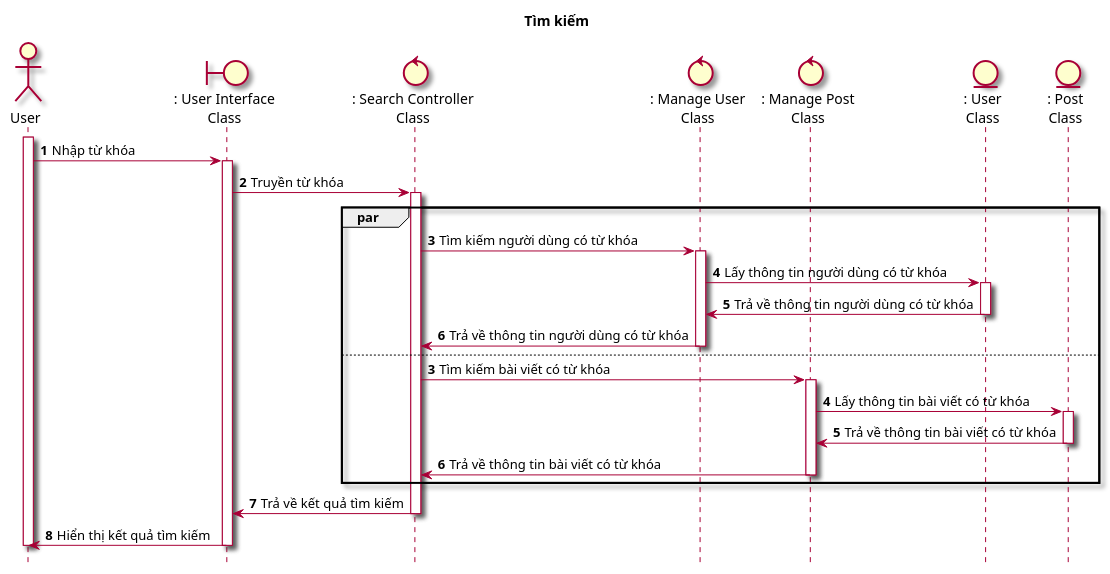
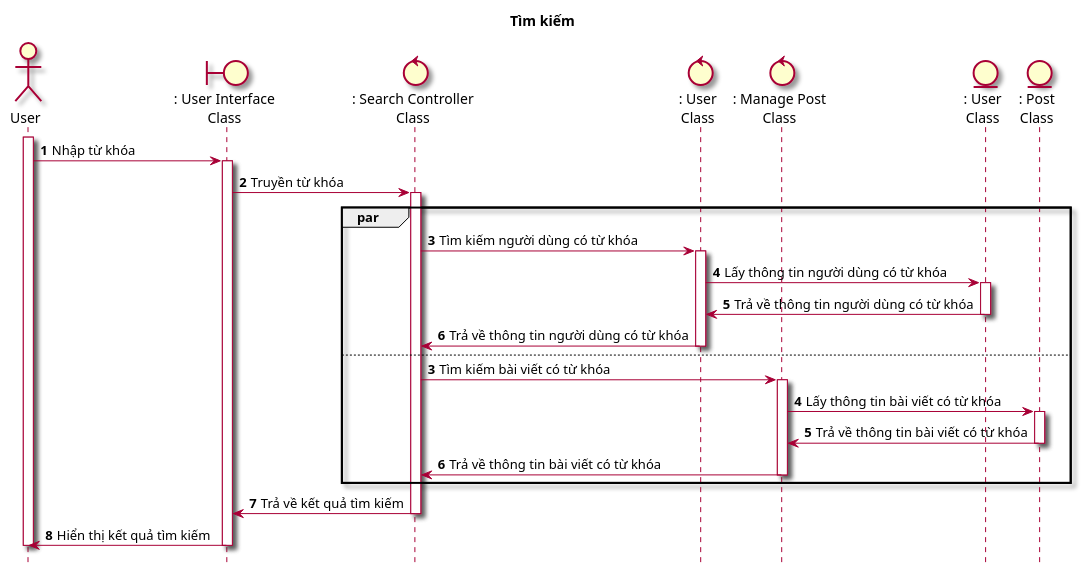
The diagram in Lab1/Lab 1.2 Diagram/Sequence/FilePUML/12. SeqTimKiem.puml (Griselda4774/EAS-EmploymentAssistanceSystem), drawn with PlantUML before and after one commit. The commit also changed 4 other files, not shown here.

```diff
--- a/Lab1/Lab 1.2 Diagram/Sequence/FilePUML/12. SeqTimKiem.puml
+++ b/Lab1/Lab 1.2 Diagram/Sequence/FilePUML/12. SeqTimKiem.puml
@@ -1,35 +1,35 @@
 @startuml SeqTimKiem
 
 skin rose
 hide footbox
 
 title Tìm kiếm
 
 actor User as user
 boundary ": User Interface\nClass" as userInterface
 control ": Search Controller\nClass" as searchController
-control ": Manage User\nClass" as manageUser
+control ": User\nClass" as manageUser
 control ": Manage Post\nClass" as managePost
 entity ": User\nClass" as userClass
 entity ": Post\nClass" as postClass
 
 autonumber
 user++
 user -> userInterface++: Nhập từ khóa
 userInterface -> searchController++: Truyền từ khóa
 par
     searchController -> manageUser++: Tìm kiếm người dùng có từ khóa
     manageUser -> userClass++: Lấy thông tin người dùng có từ khóa
     userClass -> manageUser--: Trả về thông tin người dùng có từ khóa
     manageUser -> searchController--: Trả về thông tin người dùng có từ khóa
     else
     autonumber 3
     searchController -> managePost++: Tìm kiếm bài viết có từ khóa
     managePost -> postClass++: Lấy thông tin bài viết có từ khóa
     postClass -> managePost--: Trả về thông tin bài viết có từ khóa
     managePost -> searchController--: Trả về thông tin bài viết có từ khóa
 end
 searchController -> userInterface--: Trả về kết quả tìm kiếm
 userInterface -> user--: Hiển thị kết quả tìm kiếm
 user--
 @enduml
```
